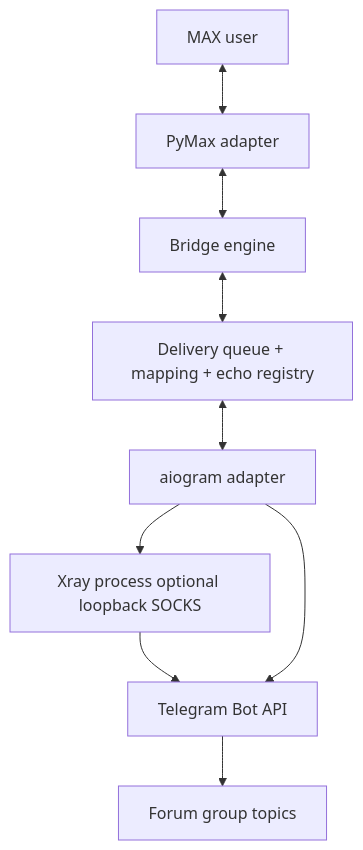
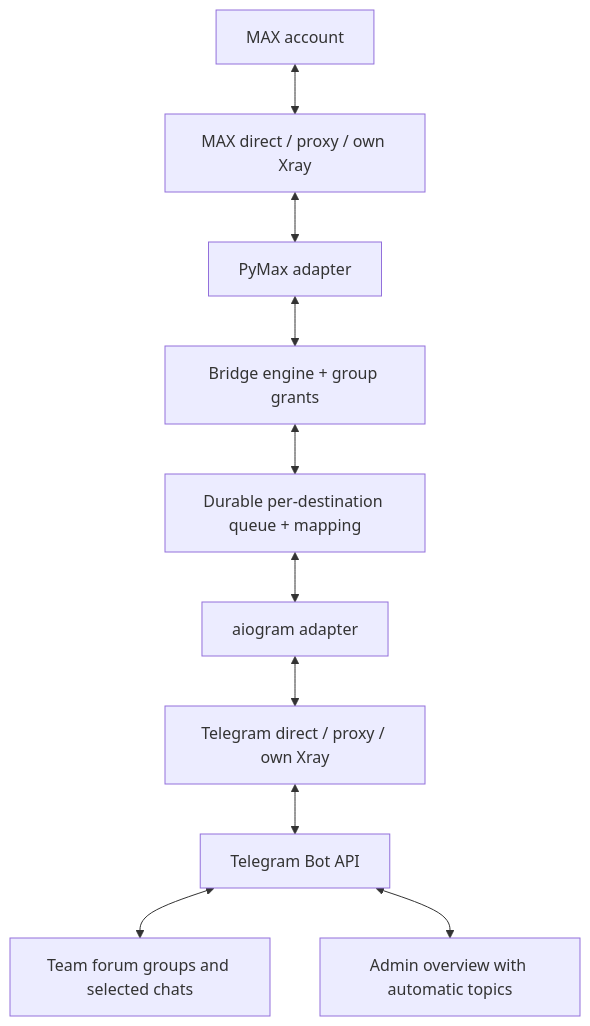
One commit to SHMAX-Project/SHMAX changed the diagram in docs/en/architecture.md. Above: the diagram before and after it, drawn with Mermaid. The commit also changed other lines of this file and 50 other files, not shown here.

````diff
--- a/docs/en/architecture.md
+++ b/docs/en/architecture.md
@@ -3,11 +3,12 @@
 ```mermaid
 flowchart TD
-    MAX[MAX user] <--> PMAX[PyMax adapter]
-    PMAX <--> BR[Bridge engine]
-    BR <--> Q[Delivery queue + mapping + echo registry]
+    MAX[MAX account] <--> MN[MAX direct / proxy / own Xray]
+    MN <--> PMAX[PyMax adapter]
+    PMAX <--> BR[Bridge engine + group grants]
+    BR <--> Q[Durable per-destination queue + mapping]
     Q <--> TG[aiogram adapter]
-    TG --> XRAY[Xray process optional loopback SOCKS]
-    XRAY --> BAPI[Telegram Bot API]
-    TG --> BAPI
-    BAPI --> FORUM[Forum group topics]
+    TG <--> TN[Telegram direct / proxy / own Xray]
+    TN <--> API[Telegram Bot API]
+    API <--> G1[Team forum groups and selected chats]
+    API <--> GA[Admin overview with automatic topics]
 ```
````
